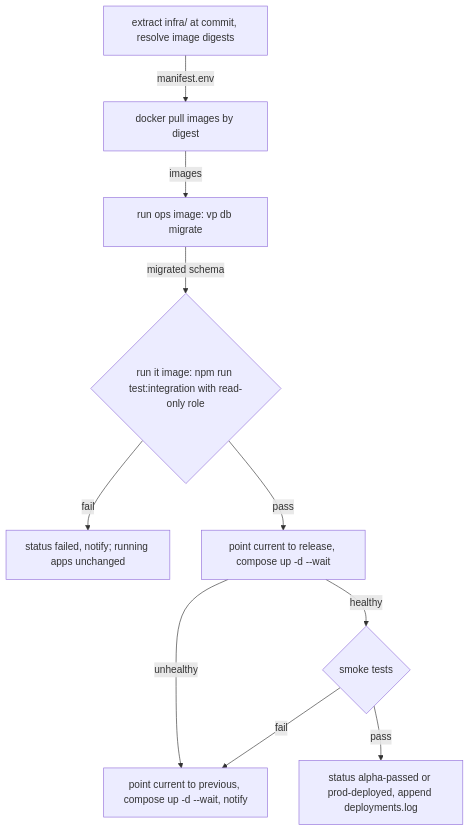
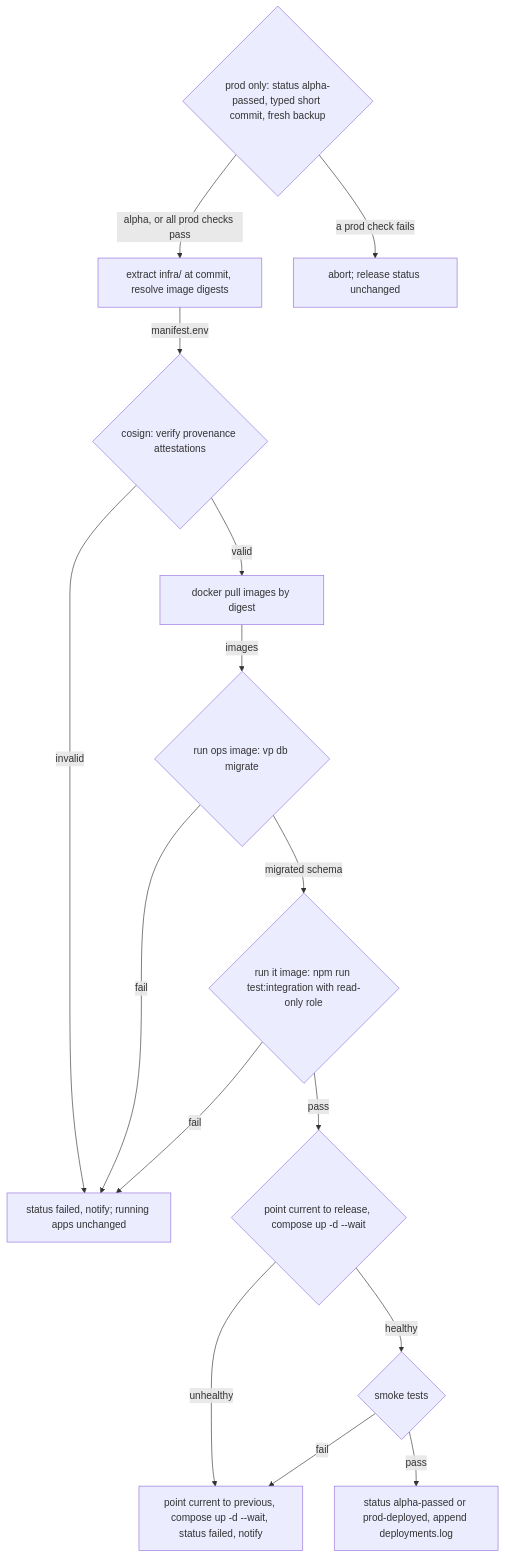
One commit to Viespirkiu-grupe/viespirkiai changed the ninth of 10 diagrams in docs/architecture/architecture-upgrade.md. Above: the diagram before and after it, drawn with Mermaid. The commit also changed other lines of this file, not shown here.

````diff
--- a/docs/architecture/architecture-upgrade.md
+++ b/docs/architecture/architecture-upgrade.md
@@ -1052,12 +1113,29 @@
 ```mermaid
 flowchart TD
-    fetch["extract infra/ at commit, resolve image digests"] -->|manifest.env| pull["docker pull images by digest"]
-    pull -->|images| migrate["run ops image: vp db migrate"]
-    migrate -->|migrated schema| it{"run it image: npm run test:integration with read-only role"}
-    it -->|fail| stop["status failed, notify; running apps unchanged"]
-    it -->|pass| rollout["point current to release, compose up -d --wait"]
-    rollout -->|unhealthy| rollback["point current to previous, compose up -d --wait, notify"]
-    rollout -->|healthy| smoke{"smoke tests"}
+    gate{"prod only: status alpha-passed, typed short commit, fresh backup"}
+    fetch["extract infra/ at commit, resolve image digests"]
+    verify{"cosign: verify provenance attestations"}
+    pull["docker pull images by digest"]
+    migrate{"run ops image: vp db migrate"}
+    it{"run it image: npm run test:integration with read-only role"}
+    abort["abort; release status unchanged"]
+    stop["status failed, notify; running apps unchanged"]
+    rollout{"point current to release, compose up -d --wait"}
+    rollback["point current to previous, compose up -d --wait, status failed, notify"]
+    smoke{"smoke tests"}
+    record["status alpha-passed or prod-deployed, append deployments.log"]
+    gate -->|" alpha, or all prod checks pass "| fetch
+    gate -->|" a prod check fails "| abort
+    fetch -->|manifest.env| verify
+    verify -->|valid| pull
+    verify -->|invalid| stop
+    pull -->|images| migrate
+    migrate -->|migrated schema| it
+    migrate -->|fail| stop
+    it -->|fail| stop
+    it -->|pass| rollout
+    rollout -->|unhealthy| rollback
+    rollout -->|healthy| smoke
     smoke -->|fail| rollback
-    smoke -->|pass| record["status alpha-passed or prod-deployed, append deployments.log"]
+    smoke -->|pass| record
 ```
````
